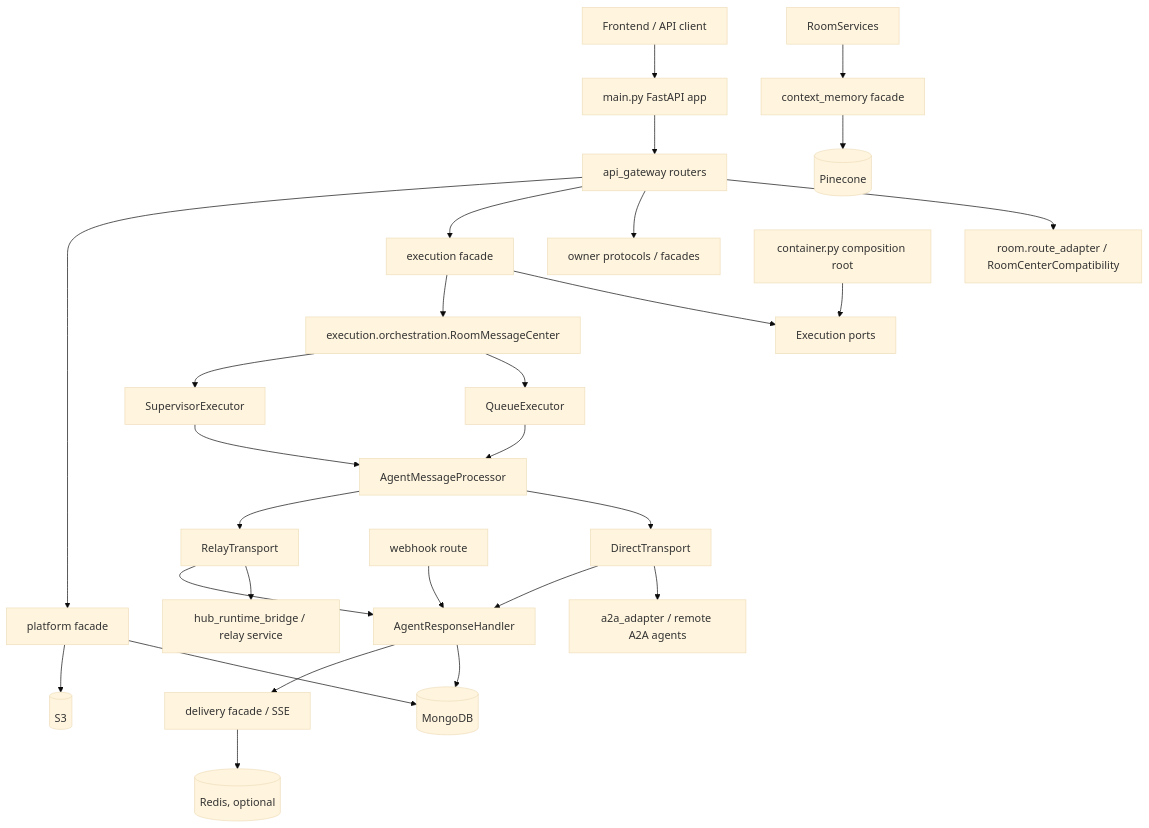
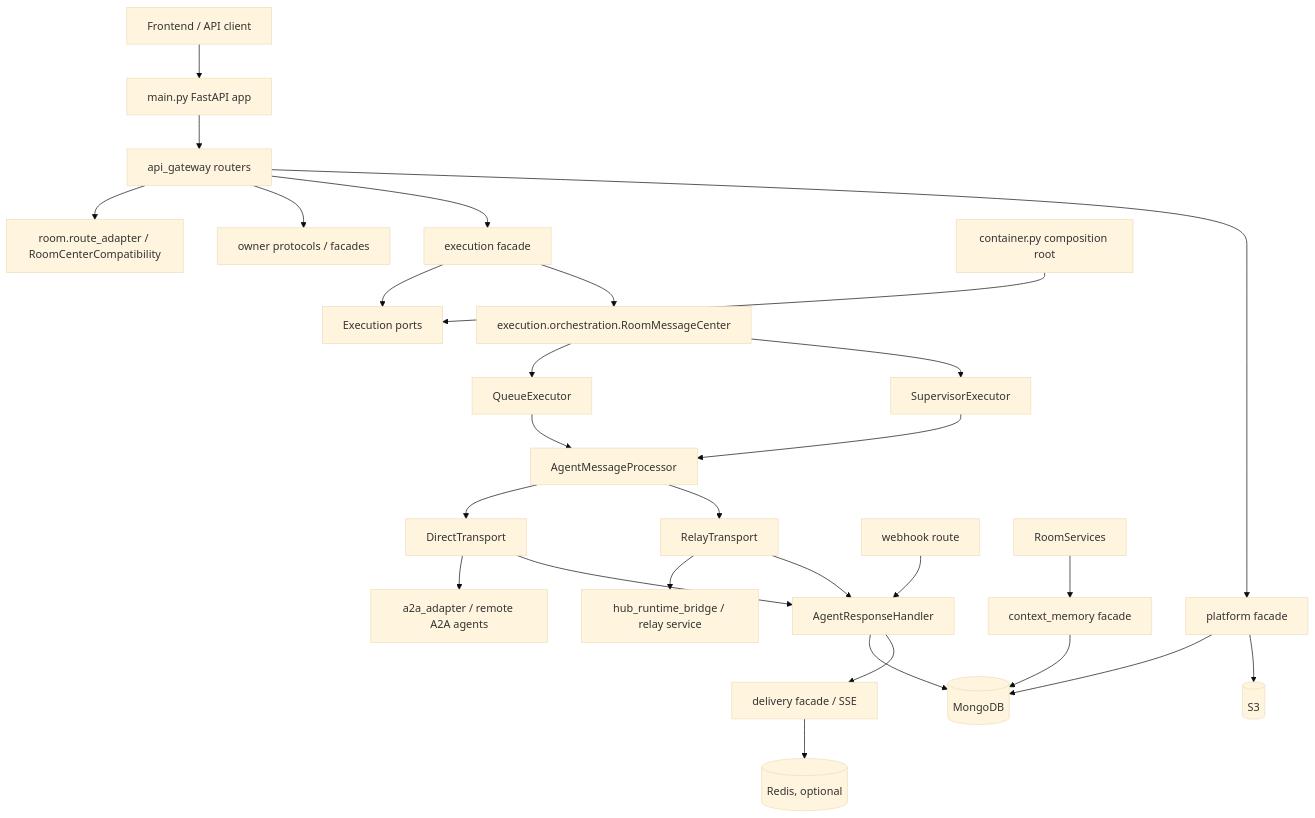
The diagram in backend/docs/System-Architecture.md (JeromeOvO/hybro), drawn with Mermaid (base theme) before and after one commit. The commit also changed other lines of this file and 88 other files, not shown here.

````diff
--- a/backend/docs/System-Architecture.md
+++ b/backend/docs/System-Architecture.md
@@ -25,34 +25,34 @@
 ```mermaid
 flowchart TD
     Client[Frontend / API client] --> FastAPI[main.py FastAPI app]
     FastAPI --> APIGateway[api_gateway routers]
     APIGateway --> RoomRoutes[room.route_adapter / RoomCenterCompatibility]
     APIGateway --> OwnerPorts[owner protocols / facades]
     APIGateway --> Execution[execution facade]
     APIGateway --> Platform[platform facade]
 
     Container[container.py composition root] --> ExecutionPorts[Execution ports]
     Execution --> ExecutionPorts
     Execution --> RoomMessageCenter[execution.orchestration.RoomMessageCenter]
     RoomMessageCenter --> QueueExecutor[QueueExecutor]
     RoomMessageCenter --> SupervisorExecutor[SupervisorExecutor]
     QueueExecutor --> AgentMessageProcessor[AgentMessageProcessor]
     SupervisorExecutor --> AgentMessageProcessor
 
     AgentMessageProcessor --> DirectTransport[DirectTransport]
     AgentMessageProcessor --> RelayTransport[RelayTransport]
     DirectTransport --> A2A[a2a_adapter / remote A2A agents]
     RelayTransport --> HubRelay[hub_runtime_bridge / relay service]
 
     DirectTransport --> ResponseHandler[AgentResponseHandler]
     RelayTransport --> ResponseHandler
     Webhook[webhook route] --> ResponseHandler
 
     ResponseHandler --> Mongo[(MongoDB)]
     ResponseHandler --> Delivery[delivery facade / SSE]
     RoomServices --> ContextMemory[context_memory facade]
     Platform --> Mongo
     Platform --> S3[(S3)]
-    ContextMemory --> Pinecone[(Pinecone)]
+    ContextMemory --> Mongo
     Delivery --> Redis[(Redis, optional)]
 ```
````
